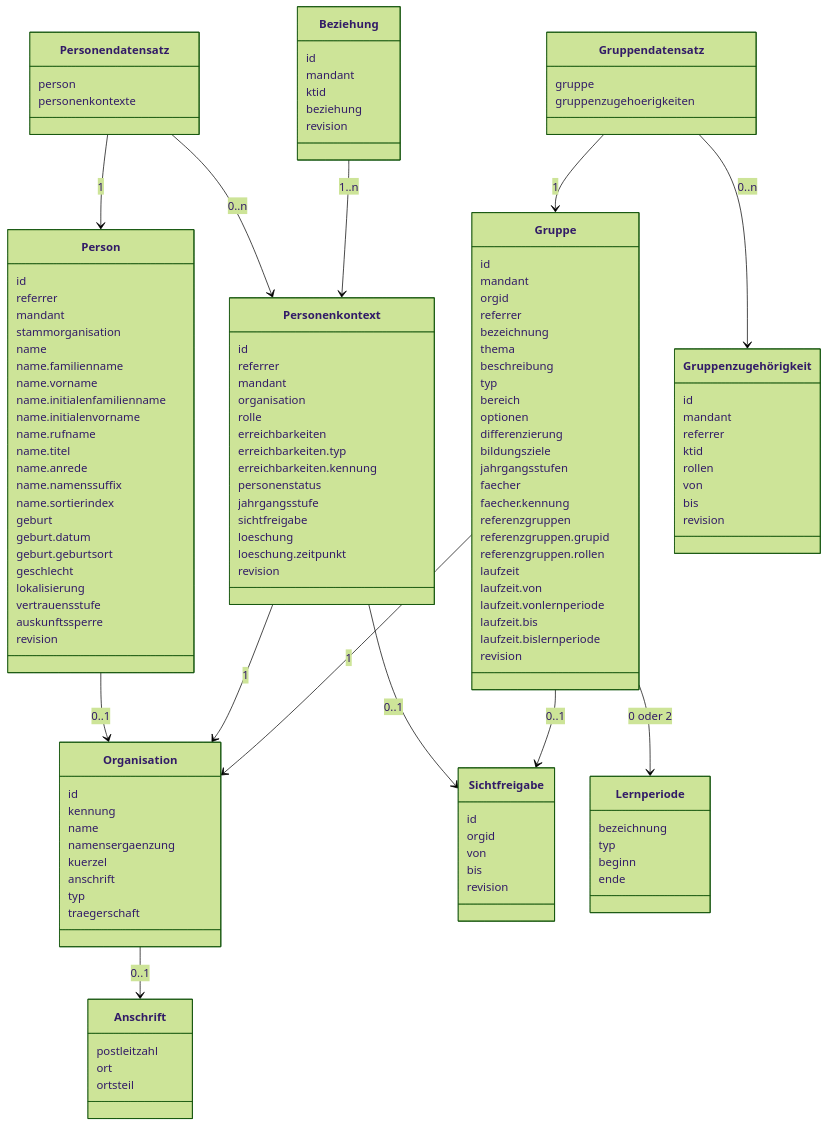
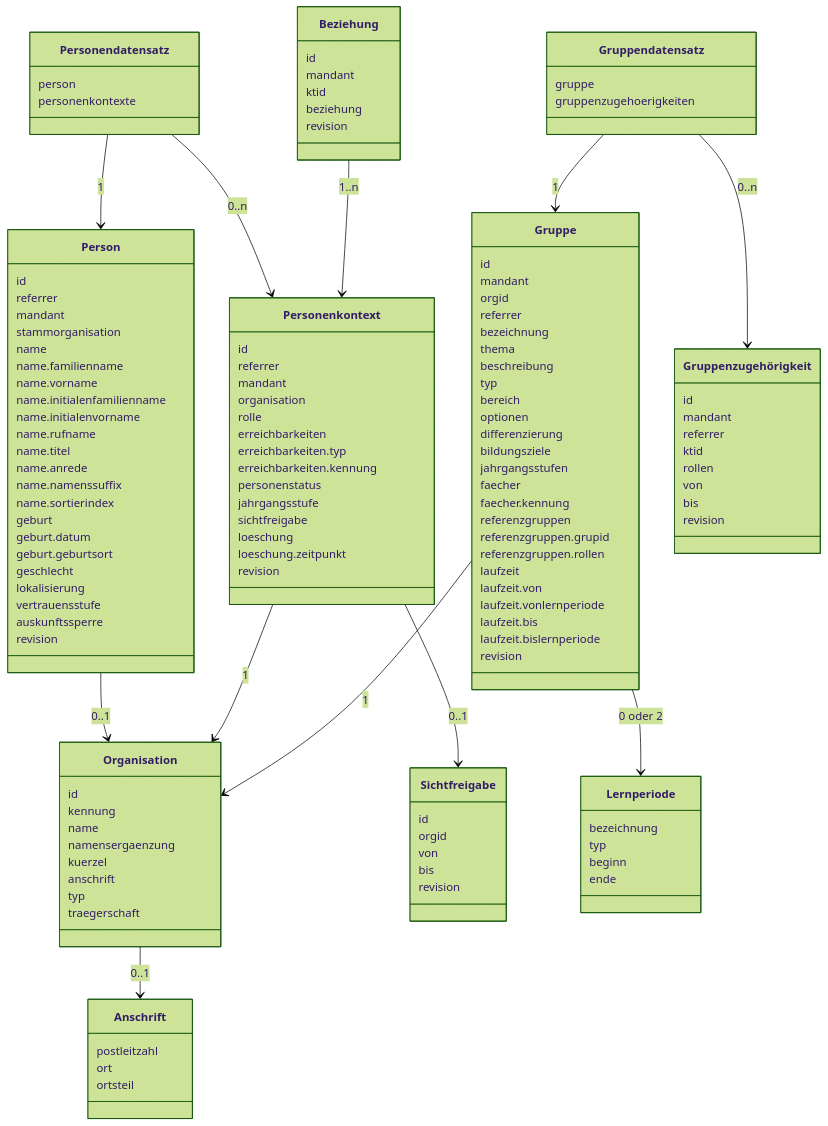
The diagram in docs/datenmodell/datenmodell.md (Schulconnex/Schulconnex), drawn with Mermaid (forest theme) before and after one commit.

Commit message:
Update datenmodell.md
Sichtfreigaben aus Mermaid Diagram für Gruppen entfernt.

```diff
--- a/docs/datenmodell/datenmodell.md
+++ b/docs/datenmodell/datenmodell.md
@@ -22,7 +22,6 @@
   Gruppendatensatz --> Gruppe : 1
   Gruppendatensatz --> Gruppenzugehörigkeit : 0..n
   Gruppe --> Lernperiode : 0 oder 2
-  Gruppe --> Sichtfreigabe : 0..1
   class Personendatensatz {
     person
     personenkontexte
```
